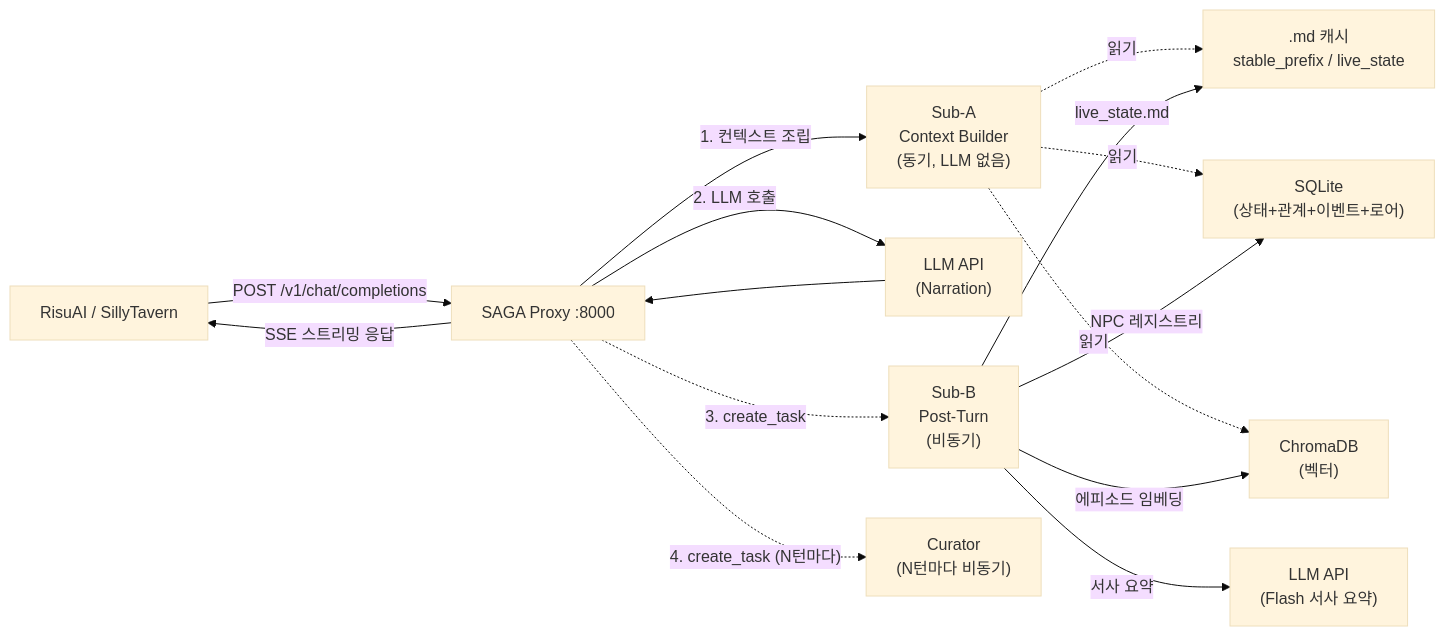
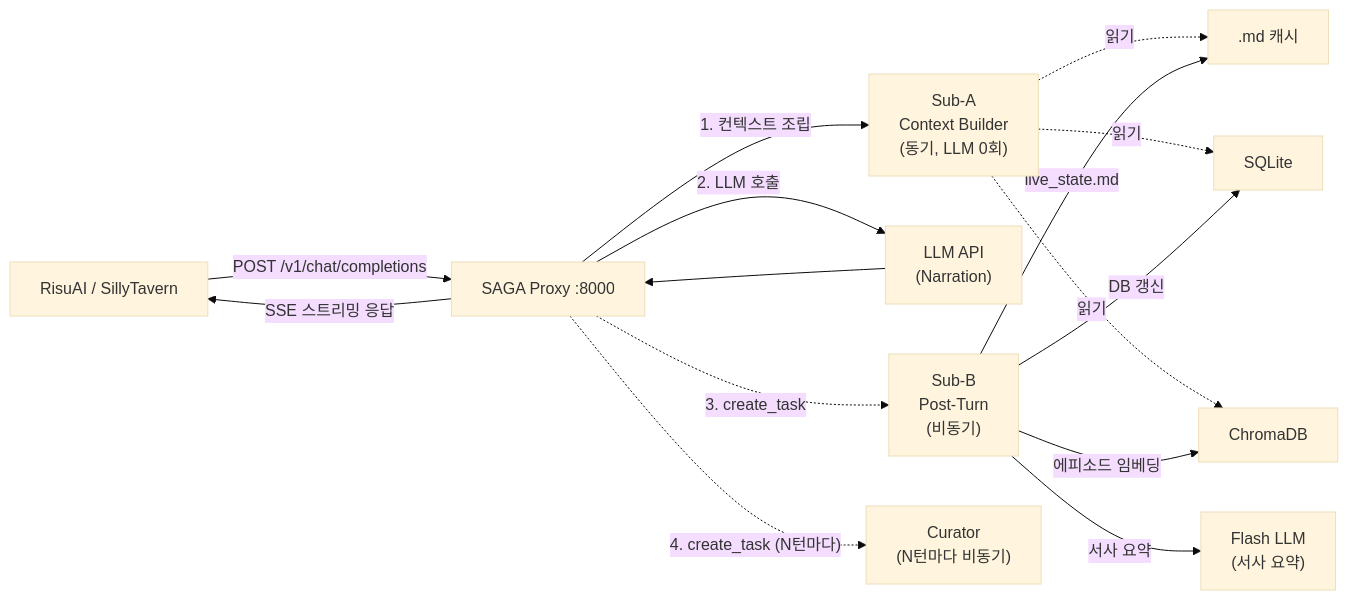
Before and after one commit to YangHyunu/SAGA: the diagram in README.md, drawn with Mermaid (base theme). The commit also changed other lines of this file and 46 other files, not shown here.

First line of the commit message:
feat: 대시보드/메트릭 API + NPC dedup (alias+LLM) + 포트폴리오 HTML + BP2 anchor 안정화

````diff
--- a/README.md
+++ b/README.md
@@ -119,33 +329,33 @@
 ```mermaid
 flowchart LR
     Client["RisuAI / SillyTavern"]
 
     Proxy["SAGA Proxy :8000"]
-    SubA["Sub-A<br/>Context Builder<br/>(동기, LLM 없음)"]
+    SubA["Sub-A<br/>Context Builder<br/>(동기, LLM 0회)"]
     LLM["LLM API<br/>(Narration)"]
     SubB["Sub-B<br/>Post-Turn<br/>(비동기)"]
-    Flash["LLM API<br/>(Flash 서사 요약)"]
+    Flash["Flash LLM<br/>(서사 요약)"]
     Curator["Curator<br/>(N턴마다 비동기)"]
 
-    SQLite["SQLite<br/>(상태+관계+이벤트+로어)"]
-    Chroma["ChromaDB<br/>(벡터)"]
-    Cache[".md 캐시<br/>stable_prefix / live_state"]
+    SQLite["SQLite"]
+    Chroma["ChromaDB"]
+    Cache[".md 캐시"]
 
     Client -- "POST /v1/chat/completions" --> Proxy
     Proxy -- "1. 컨텍스트 조립" --> SubA
     SubA -. "읽기" .-> Cache
     SubA -. "읽기" .-> SQLite
     SubA -. "읽기" .-> Chroma
 
     Proxy -- "2. LLM 호출" --> LLM
     LLM --> Proxy
     Proxy -- "SSE 스트리밍 응답" --> Client
 
     Proxy -. "3. create_task" .-> SubB
     Proxy -. "4. create_task (N턴마다)" .-> Curator
 
     SubB -- "서사 요약" --> Flash
-    SubB -- "NPC 레지스트리" --> SQLite
+    SubB -- "DB 갱신" --> SQLite
     SubB -- "에피소드 임베딩" --> Chroma
     SubB -- "live_state.md" --> Cache
 ```
````
